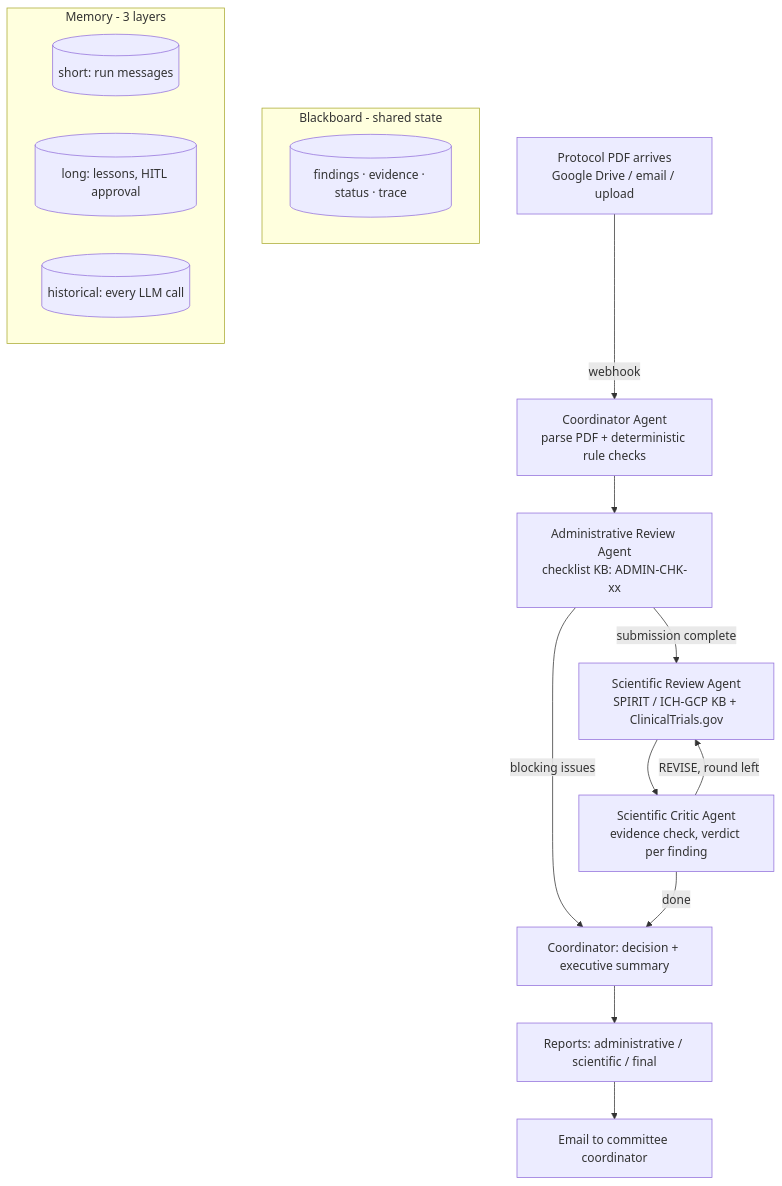
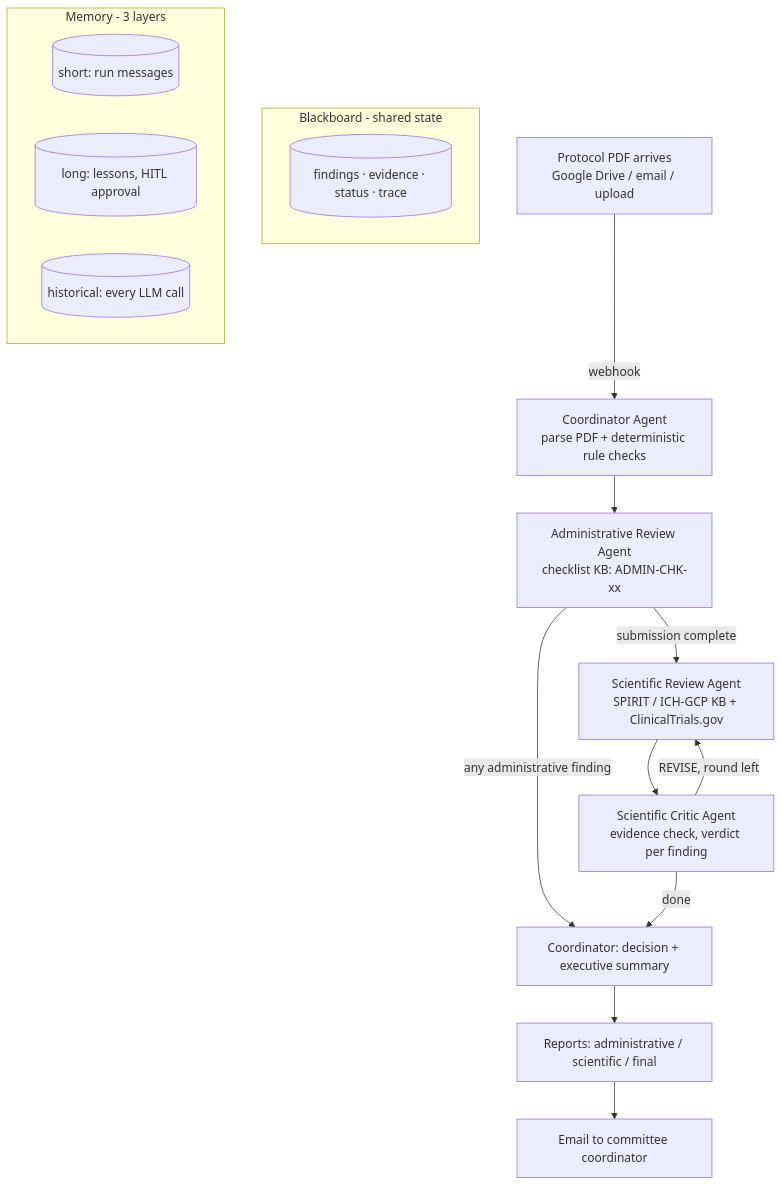
Before and after one commit to AS-ai25/ProtocolReviewAI: the diagram in README.md, drawn with Mermaid. The commit also changed other lines of this file and 10 other files, not shown here.

First line of the commit message:
Administrative part must be 100% complete: any verified finding returns the submission

````diff
--- a/README.md
+++ b/README.md
@@ -18,20 +18,20 @@
 ```mermaid
 flowchart TD
     IN[Protocol PDF arrives<br/>Google Drive / email / upload] -->|webhook| C0[Coordinator Agent<br/>parse PDF + deterministic rule checks]
     C0 --> A[Administrative Review Agent<br/>checklist KB: ADMIN-CHK-xx]
     A -->|submission complete| S[Scientific Review Agent<br/>SPIRIT / ICH-GCP KB + ClinicalTrials.gov]
-    A -->|blocking issues| F[Coordinator: decision + executive summary]
+    A -->|any administrative finding| F[Coordinator: decision + executive summary]
     S --> K[Scientific Critic Agent<br/>evidence check, verdict per finding]
     K -->|REVISE, round left| S
     K -->|done| F
     F --> R[Reports: administrative / scientific / final]
     R --> M[Email to committee coordinator]
     subgraph Blackboard - shared state
         B[(findings · evidence · status · trace)]
     end
     subgraph Memory - 3 layers
         M1[(short: run messages)]
         M2[(long: lessons, HITL approval)]
         M3[(historical: every LLM call)]
     end
 ```
````
